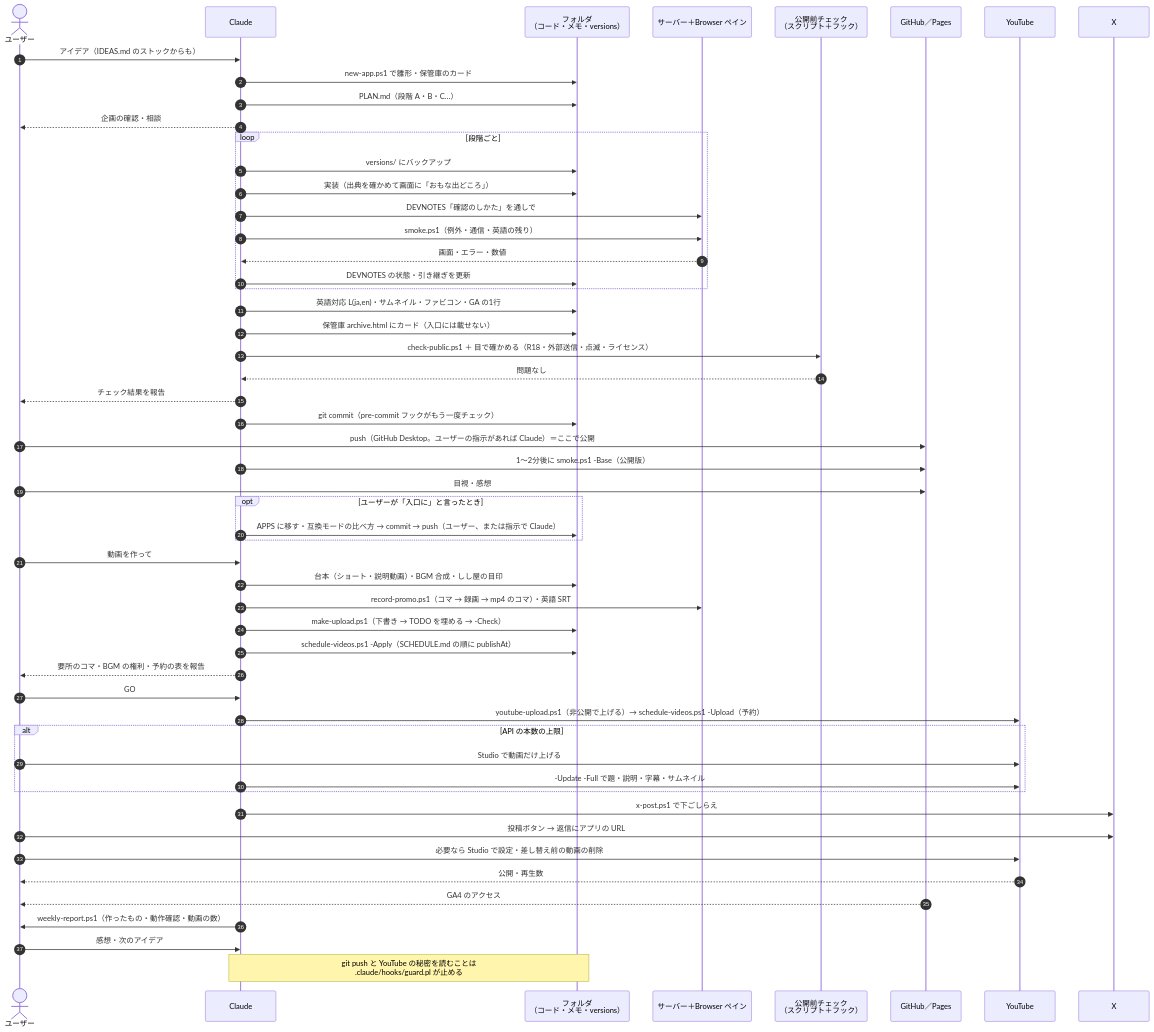
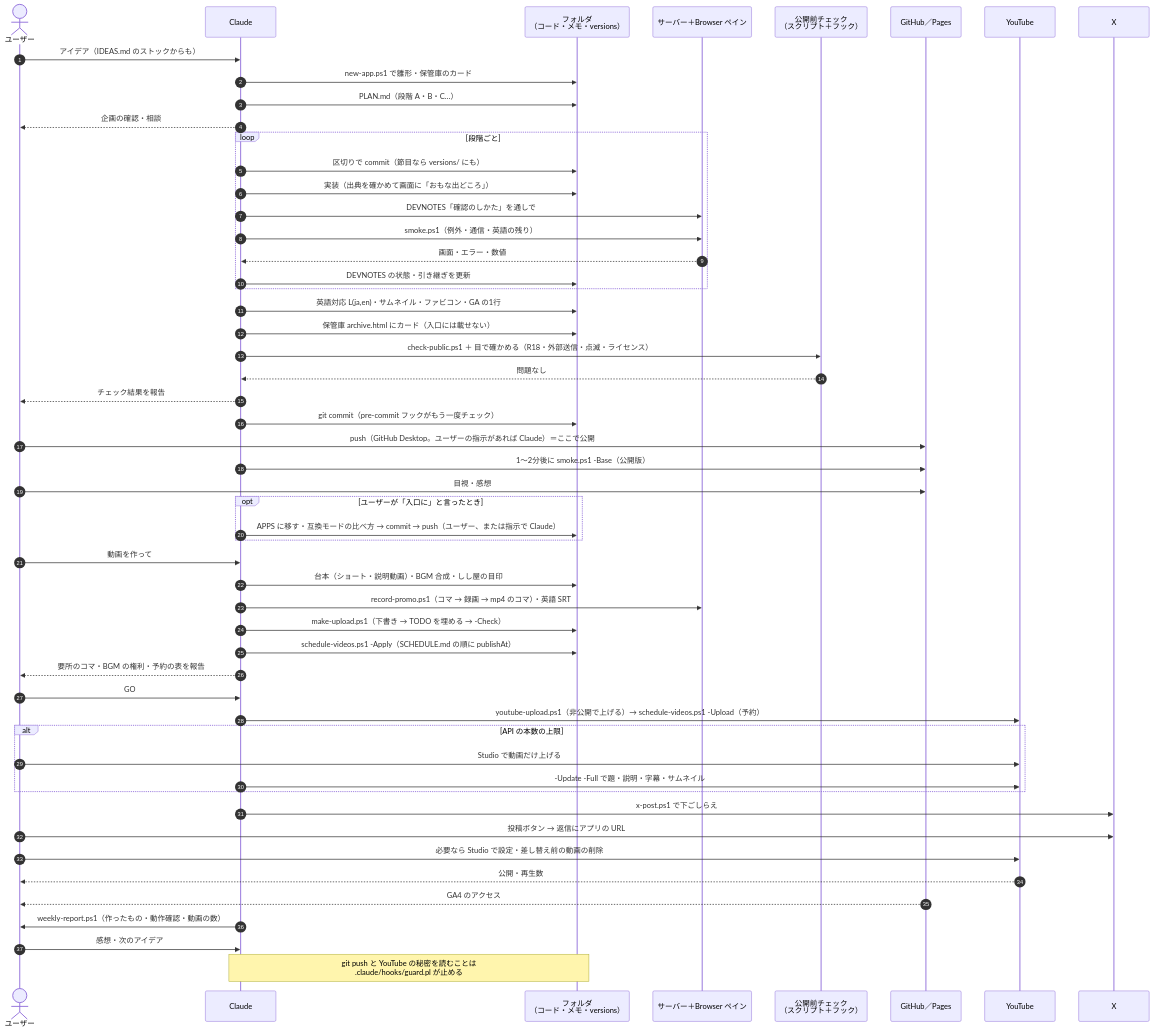
The second of 2 diagrams in _dev/WORKFLOW.md (sishiya/manabi-lab), drawn with Mermaid before and after one commit. The commit also changed other lines of this file and 20 other files, not shown here.

````diff
--- a/_dev/WORKFLOW.md
+++ b/_dev/WORKFLOW.md
@@ -85,58 +85,58 @@
 ```mermaid
 sequenceDiagram
   autonumber
   actor U as ユーザー
   participant C as Claude
   participant L as フォルダ<br/>（コード・メモ・versions）
   participant B as サーバー＋Browser ペイン
   participant K as 公開前チェック<br/>（スクリプト＋フック）
   participant G as GitHub／Pages
   participant Y as YouTube
   participant X as X
 
   U->>C: アイデア（IDEAS.md のストックからも）
   C->>L: new-app.ps1 で雛形・保管庫のカード
   C->>L: PLAN.md（段階 A・B・C…）
   C-->>U: 企画の確認・相談
   loop 段階ごと
-    C->>L: versions/ にバックアップ
+    C->>L: 区切りで commit（節目なら versions/ にも）
     C->>L: 実装（出典を確かめて画面に「おもな出どころ」）
     C->>B: DEVNOTES「確認のしかた」を通しで
     C->>B: smoke.ps1（例外・通信・英語の残り）
     B-->>C: 画面・エラー・数値
     C->>L: DEVNOTES の状態・引き継ぎを更新
   end
   C->>L: 英語対応 L(ja,en)・サムネイル・ファビコン・GA の1行
   C->>L: 保管庫 archive.html にカード（入口には載せない）
   C->>K: check-public.ps1 ＋ 目で確かめる（R18・外部送信・点滅・ライセンス）
   K-->>C: 問題なし
   C-->>U: チェック結果を報告
   C->>L: git commit（pre-commit フックがもう一度チェック）
   U->>G: push（GitHub Desktop。ユーザーの指示があれば Claude）＝ここで公開
   C->>G: 1〜2分後に smoke.ps1 -Base（公開版）
   U->>G: 目視・感想
   opt ユーザーが「入口に」と言ったとき
     C->>L: APPS に移す・互換モードの比べ方 → commit → push（ユーザー、または指示で Claude）
   end
 
   U->>C: 動画を作って
   C->>L: 台本（ショート・説明動画）・BGM 合成・しし屋の目印
   C->>B: record-promo.ps1（コマ → 録画 → mp4 のコマ）・英語 SRT
   C->>L: make-upload.ps1（下書き → TODO を埋める → -Check）
   C->>L: schedule-videos.ps1 -Apply（SCHEDULE.md の順に publishAt）
   C-->>U: 要所のコマ・BGM の権利・予約の表を報告
   U->>C: GO
   C->>Y: youtube-upload.ps1（非公開で上げる）→ schedule-videos.ps1 -Upload（予約）
   alt API の本数の上限
     U->>Y: Studio で動画だけ上げる
     C->>Y: -Update -Full で題・説明・字幕・サムネイル
   end
   C->>X: x-post.ps1 で下ごしらえ
   U->>X: 投稿ボタン → 返信にアプリの URL
   U->>Y: 必要なら Studio で設定・差し替え前の動画の削除
   Y-->>U: 公開・再生数
   G-->>U: GA4 のアクセス
   C->>U: weekly-report.ps1（作ったもの・動作確認・動画の数）
   U->>C: 感想・次のアイデア
   Note over C,L: git push と YouTube の秘密を読むことは<br/>.claude/hooks/guard.pl が止める
 ```
````
